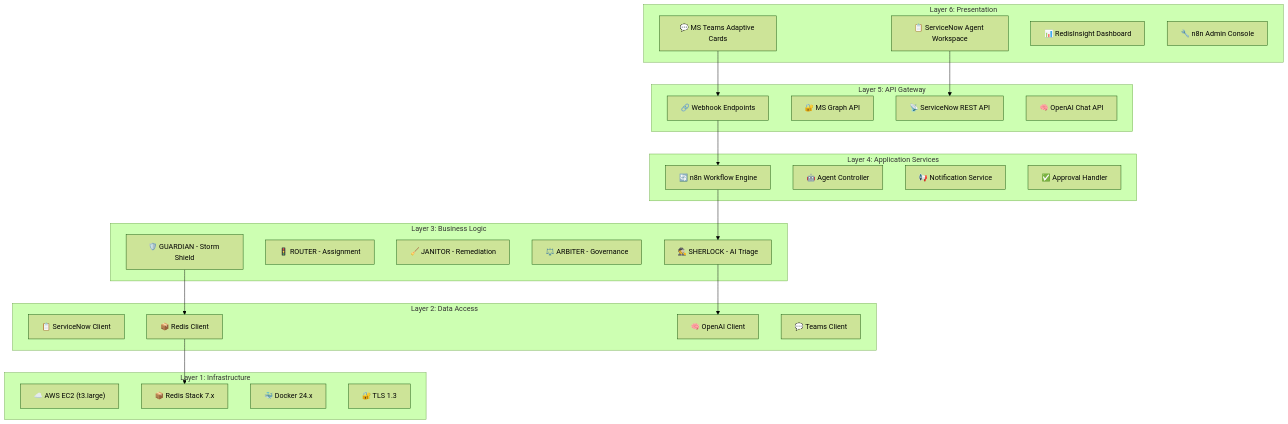
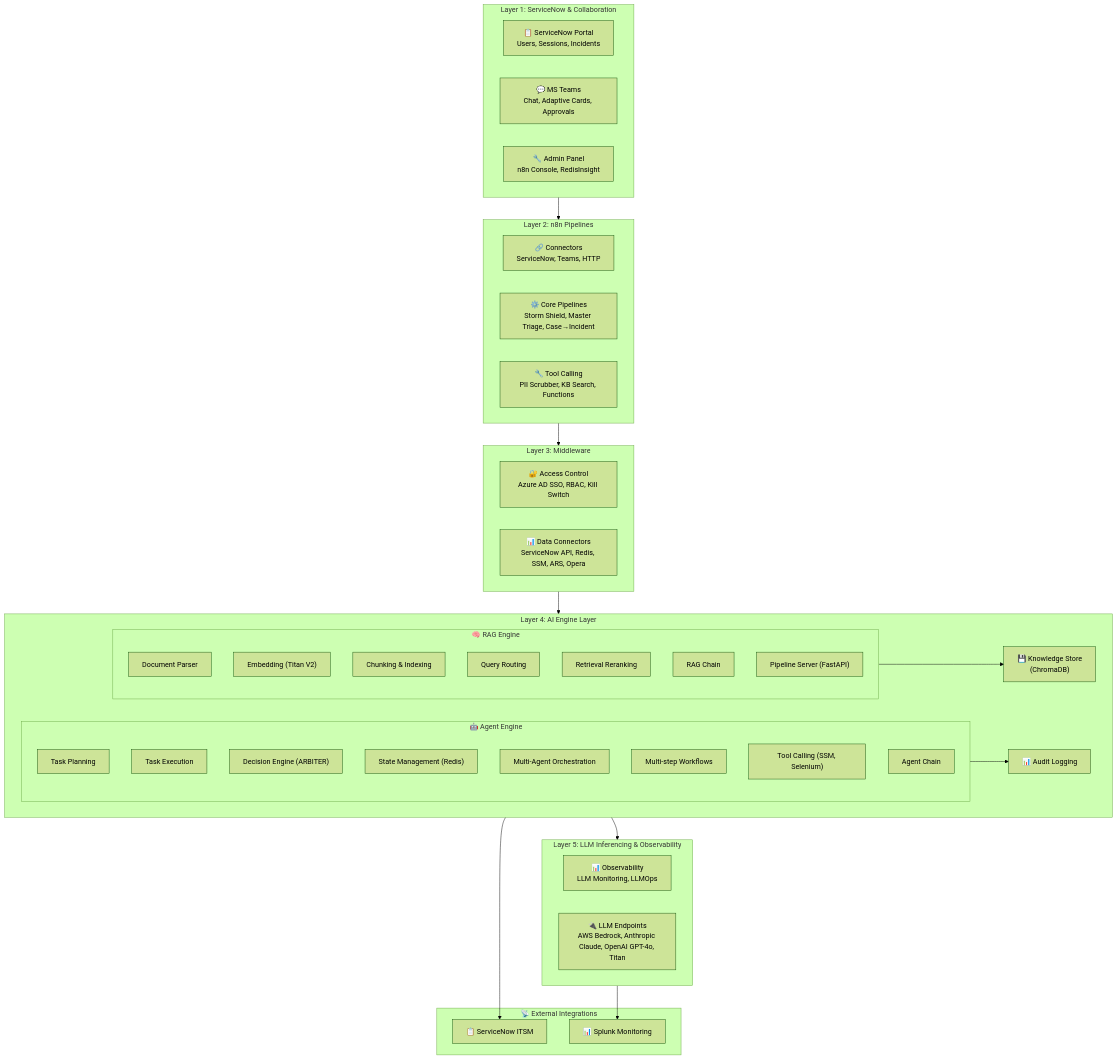
Before and after one commit to maniltns/AEGIS: the second of 6 diagrams in docs/TAD.md, drawn with Mermaid (forest theme). The commit also changed other lines of this file and 10 other files, not shown here.

````diff
--- a/docs/TAD.md
+++ b/docs/TAD.md
@@ -79,53 +83,67 @@
 ```mermaid
 graph TB
-    subgraph "Layer 6: Presentation"
-        UI_TEAMS["💬 MS Teams Adaptive Cards"]
-        UI_SNOW["📋 ServiceNow Agent Workspace"]
-        UI_INSIGHT["📊 RedisInsight Dashboard"]
-        UI_N8N["🔧 n8n Admin Console"]
+    subgraph L1["Layer 1: ServiceNow & Collaboration"]
+        direction LR
+        L1_SNOW["📋 ServiceNow Portal<br/>Users, Sessions, Incidents"]
+        L1_TEAMS["💬 MS Teams<br/>Chat, Adaptive Cards, Approvals"]
+        L1_ADMIN["🔧 Admin Panel<br/>n8n Console, RedisInsight"]
     end
 
-    subgraph "Layer 5: API Gateway"
-        API_WEBHOOK["🔗 Webhook Endpoints"]
-        API_GRAPH["🔐 MS Graph API"]
-        API_SNOW["📡 ServiceNow REST API"]
-        API_OPENAI["🧠 OpenAI Chat API"]
+    subgraph L2["Layer 2: n8n Pipelines"]
+        direction LR
+        L2_CONN["🔗 Connectors<br/>ServiceNow, Teams, HTTP"]
+        L2_PIPE["⚙️ Core Pipelines<br/>Storm Shield, Master Triage, Case→Incident"]
+        L2_TOOLS["🔧 Tool Calling<br/>PII Scrubber, KB Search, Functions"]
     end
 
-    subgraph "Layer 4: Application Services"
-        SVC_N8N["🔄 n8n Workflow Engine"]
-        SVC_AGENT["🤖 Agent Controller"]
-        SVC_NOTIFY["📢 Notification Service"]
-        SVC_APPROVE["✅ Approval Handler"]
+    subgraph L3["Layer 3: Middleware"]
+        direction LR
+        L3_ACCESS["🔐 Access Control<br/>Azure AD SSO, RBAC, Kill Switch"]
+        L3_DATA["📊 Data Connectors<br/>ServiceNow API, Redis, SSM, ARS, Opera"]
     end
 
-    subgraph "Layer 3: Business Logic"
-        BIZ_TRIAGE["🕵️ SHERLOCK - AI Triage"]
-        BIZ_ROUTE["🚦 ROUTER - Assignment"]
-        BIZ_REMED["🧹 JANITOR - Remediation"]
-        BIZ_GOV["⚖️ ARBITER - Governance"]
-        BIZ_STORM["🛡️ GUARDIAN - Storm Shield"]
+    subgraph L4["Layer 4: AI Engine Layer"]
+        direction LR
+        subgraph L4_RAG["🧠 RAG Engine"]
+            RAG1["Document Parser"]
+            RAG2["Embedding (Titan V2)"]
+            RAG3["Chunking & Indexing"]
+            RAG4["Query Routing"]
+            RAG5["Retrieval Reranking"]
+            RAG6["RAG Chain"]
+            RAG7["Pipeline Server (FastAPI)"]
+        end
+        L4_KB["💾 Knowledge Store<br/>(ChromaDB)"]
+        L4_AUDIT["📊 Audit Logging"]
+        subgraph L4_AGENT["🤖 Agent Engine"]
+            AGT1["Task Planning"]
+            AGT2["Task Execution"]
+            AGT3["Decision Engine (ARBITER)"]
+            AGT4["State Management (Redis)"]
+            AGT5["Multi-Agent Orchestration"]
+            AGT6["Multi-step Workflows"]
+            AGT7["Tool Calling (SSM, Selenium)"]
+            AGT8["Agent Chain"]
+        end
     end
 
-    subgraph "Layer 2: Data Access"
-        DAL_SNOW["📋 ServiceNow Client"]
-        DAL_REDIS["📦 Redis Client"]
-        DAL_LLM["🧠 OpenAI Client"]
-        DAL_TEAMS["💬 Teams Client"]
+    subgraph L5["Layer 5: LLM Inferencing & Observability"]
+        direction LR
+        L5_OBS["📊 Observability<br/>LLM Monitoring, LLMOps"]
+        L5_LLM["🔌 LLM Endpoints<br/>AWS Bedrock, Anthropic Claude, OpenAI GPT-4o, Titan"]
     end
 
-    subgraph "Layer 1: Infrastructure"
-        INFRA_AWS["☁️ AWS EC2 (t3.large)"]
-        INFRA_REDIS["📦 Redis Stack 7.x"]
-        INFRA_DOCKER["🐳 Docker 24.x"]
-        INFRA_TLS["🔐 TLS 1.3"]
+    subgraph EXT["📡 External Integrations"]
+        SERVICENOW["📋 ServiceNow ITSM"]
+        SPLUNK["📊 Splunk Monitoring"]
     end
 
-    UI_TEAMS --> API_WEBHOOK
-    UI_SNOW --> API_SNOW
-    API_WEBHOOK --> SVC_N8N
-    SVC_N8N --> BIZ_TRIAGE
-    BIZ_TRIAGE --> DAL_LLM
-    BIZ_STORM --> DAL_REDIS
-    DAL_REDIS --> INFRA_REDIS
+    L1 --> L2
+    L2 --> L3
+    L3 --> L4
+    L4 --> L5
+    L4_RAG --> L4_KB
+    L4_AGENT --> L4_AUDIT
+    L4_AUDIT --> SERVICENOW
+    L5_OBS --> SPLUNK
 ```
````
